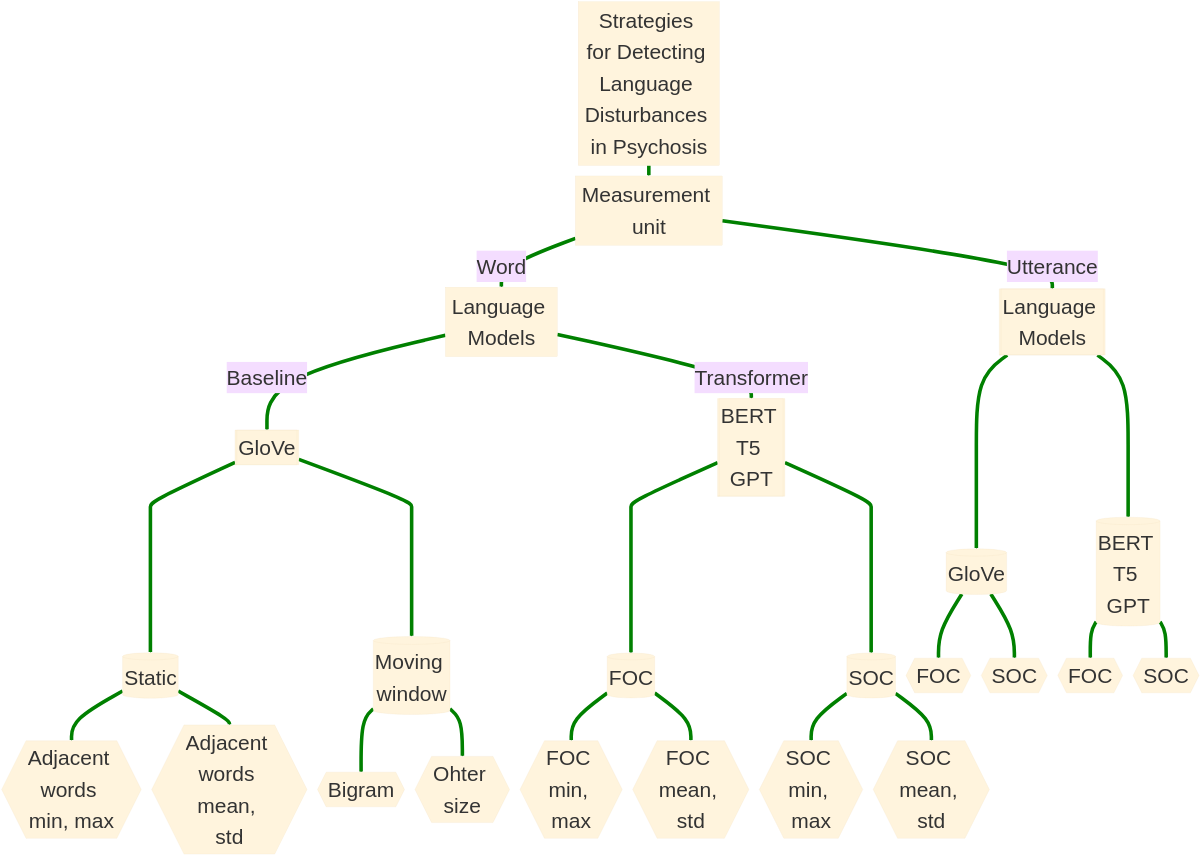
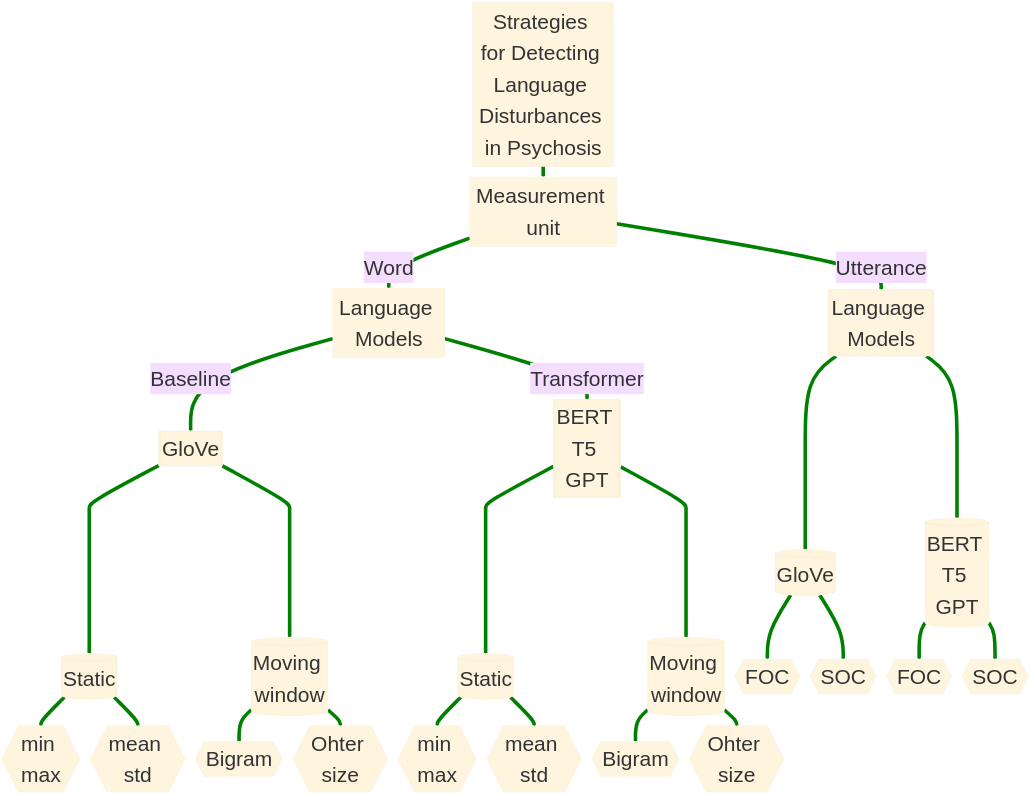
Before and after one commit to yancong222/SSD-LM-STanglab: the first of 2 diagrams in README.md, drawn with Mermaid.

````diff
--- a/README.md
+++ b/README.md
@@ -5,50 +5,50 @@
 ```mermaid
 %%{init: {'theme': 'base', 'themeVariables': { 'fontSize': '100px'}}}%%
 flowchart TD
     A[Strategies for Detecting Language Disturbances in Psychosis] ==> B[Measurement unit]
     B == Word ==> C[Language Models]
     C == Baseline ==> D[[GloVe]] ====> G[(Static)]
-    G ==> J{{Adjacent words min, max}}
-    G ==> K{{Adjacent words mean, std}}
+    G ==> J{{min max}}
+    G ==> K{{mean std}}
     D ====> P[(Moving window)]
     P ==> Q{{Bigram}}
     P ==> R{{Ohter size}}
-    C == Transformer ==> E[[BERT T5 GPT]] ====> H[(FOC)]
-    H ==> L{{FOC min, max}}
-    H ==> M{{FOC mean, std}}
-    E ====> S[(SOC)]
-    S ==> T{{SOC min, max}}
-    S ==> U{{SOC mean, std}}
+    C == Transformer ==> E[[BERT T5 GPT]] ====> H[(Static)]
+    H ==> L{{min max}}
+    H ==> M{{mean std}}
+    E ====> S[(Moving window)]
+    S ==> T{{Bigram}}
+    S ==> U{{Ohter size}}
     B == Utterance ==> F[[Language Models]] ====> I[(GloVe)]
     I ==> N{{FOC}}
     I ==> O{{SOC}}
     F ====> V[(BERT T5 GPT)]
     V ==> W{{FOC}}
     V ==> X{{SOC}}
     
     
     linkStyle 0 stroke-width:17px,fill:none,stroke:green;
     linkStyle 1 stroke-width:17px,fill:none,stroke:green;
     linkStyle 2 stroke-width:17px,fill:none,stroke:green;
     linkStyle 3 stroke-width:17px,fill:none,stroke:green;
     linkStyle 4 stroke-width:17px,fill:none,stroke:green;
     linkStyle 5 stroke-width:17px,fill:none,stroke:green;
     linkStyle 6 stroke-width:17px,fill:none,stroke:green;
     linkStyle 7 stroke-width:17px,fill:none,stroke:green;
     linkStyle 8 stroke-width:17px,fill:none,stroke:green;
     linkStyle 9 stroke-width:17px,fill:none,stroke:green;
     linkStyle 10 stroke-width:17px,fill:none,stroke:green;
     linkStyle 11 stroke-width:17px,fill:none,stroke:green;
     linkStyle 12 stroke-width:17px,fill:none,stroke:green;
     linkStyle 13 stroke-width:17px,fill:none,stroke:green;
     linkStyle 14 stroke-width:17px,fill:none,stroke:green;
     linkStyle 15 stroke-width:17px,fill:none,stroke:green;
     linkStyle 16 stroke-width:17px,fill:none,stroke:green;
     linkStyle 17 stroke-width:17px,fill:none,stroke:green;
     linkStyle 18 stroke-width:17px,fill:none,stroke:green;
     linkStyle 19 stroke-width:17px,fill:none,stroke:green;
     linkStyle 20 stroke-width:17px,fill:none,stroke:green;
     linkStyle 21 stroke-width:17px,fill:none,stroke:green;
     linkStyle 22 stroke-width:17px,fill:none,stroke:green;
     
 ```
````
